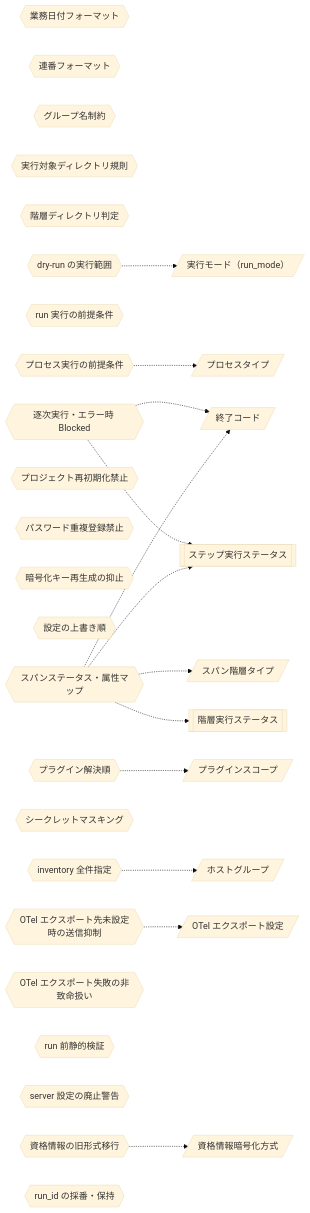
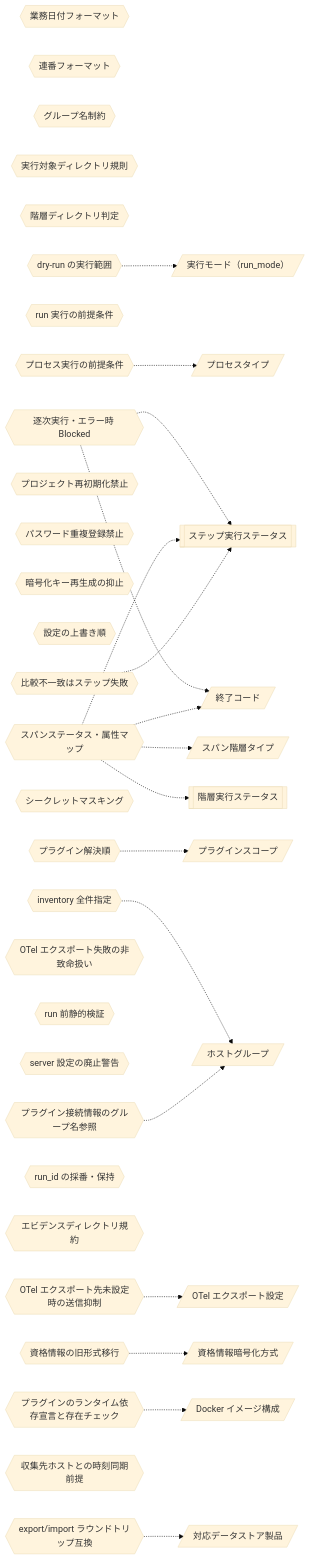
One commit to scenario-test-framework/stfw changed the diagram in docs/rdra/latest/views/07_条件・バリエーション.md. Above: the diagram before and after it, drawn with Mermaid (base theme). The commit also changed other lines of this file and 24 other files, not shown here.

````diff
--- a/docs/rdra/latest/views/07_条件・バリエーション.md
+++ b/docs/rdra/latest/views/07_条件・バリエーション.md
@@ -9,48 +9,60 @@
 ```mermaid
 graph LR
   CD1{{"業務日付フォーマット"}}
   CD2{{"連番フォーマット"}}
   CD3{{"グループ名制約"}}
   CD4{{"実行対象ディレクトリ規則"}}
   CD5{{"階層ディレクトリ判定"}}
   CD6{{"逐次実行・エラー時 Blocked"}}
   SM1[["ステップ実行ステータス"]]
   VR1[/"終了コード"/]
   CD7{{"run 実行の前提条件"}}
   CD8{{"dry-run の実行範囲"}}
   VR2[/"実行モード（run_mode）"/]
   CD9{{"プロセス実行の前提条件"}}
   VR3[/"プロセスタイプ"/]
   CD10{{"プロジェクト再初期化禁止"}}
   CD11{{"パスワード重複登録禁止"}}
   CD12{{"暗号化キー再生成の抑止"}}
   CD13{{"設定の上書き順"}}
   CD14{{"プラグイン解決順"}}
   VR4[/"プラグインスコープ"/]
   CD15{{"inventory 全件指定"}}
   VR5[/"ホストグループ"/]
   CD16{{"シークレットマスキング"}}
   CD17{{"スパンステータス・属性マップ"}}
   SM2[["階層実行ステータス"]]
   VR6[/"スパン階層タイプ"/]
   CD18{{"OTel エクスポート先未設定時の送信抑制"}}
   VR7[/"OTel エクスポート設定"/]
   CD19{{"OTel エクスポート失敗の非致命扱い"}}
   CD20{{"run 前静的検証"}}
   CD21{{"server 設定の廃止警告"}}
   CD22{{"資格情報の旧形式移行"}}
   VR8[/"資格情報暗号化方式"/]
   CD23{{"run_id の採番・保持"}}
+  CD24{{"エビデンスディレクトリ規約"}}
+  CD25{{"プラグイン接続情報のグループ名参照"}}
+  CD26{{"プラグインのランタイム依存宣言と存在チェック"}}
+  VR9[/"Docker イメージ構成"/]
+  CD27{{"export/import ラウンドトリップ互換"}}
+  VR10[/"対応データストア製品"/]
+  CD28{{"収集先ホストとの時刻同期前提"}}
+  CD29{{"比較不一致はステップ失敗"}}
   CD6 -.-> SM1
   CD6 -.-> VR1
   CD8 -.-> VR2
   CD9 -.-> VR3
   CD14 -.-> VR4
   CD15 -.-> VR5
   CD17 -.-> SM2
   CD17 -.-> SM1
   CD17 -.-> VR6
   CD17 -.-> VR1
   CD18 -.-> VR7
   CD22 -.-> VR8
+  CD25 -.-> VR5
+  CD26 -.-> VR9
+  CD27 -.-> VR10
+  CD29 -.-> SM1
 ```
````
